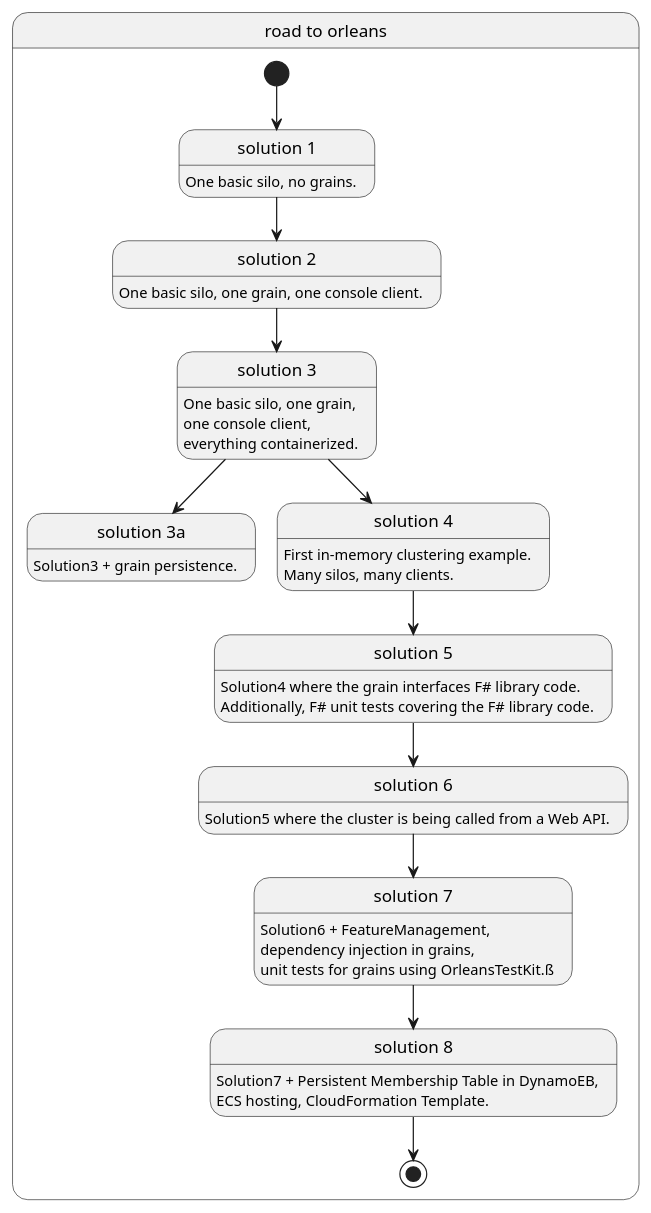
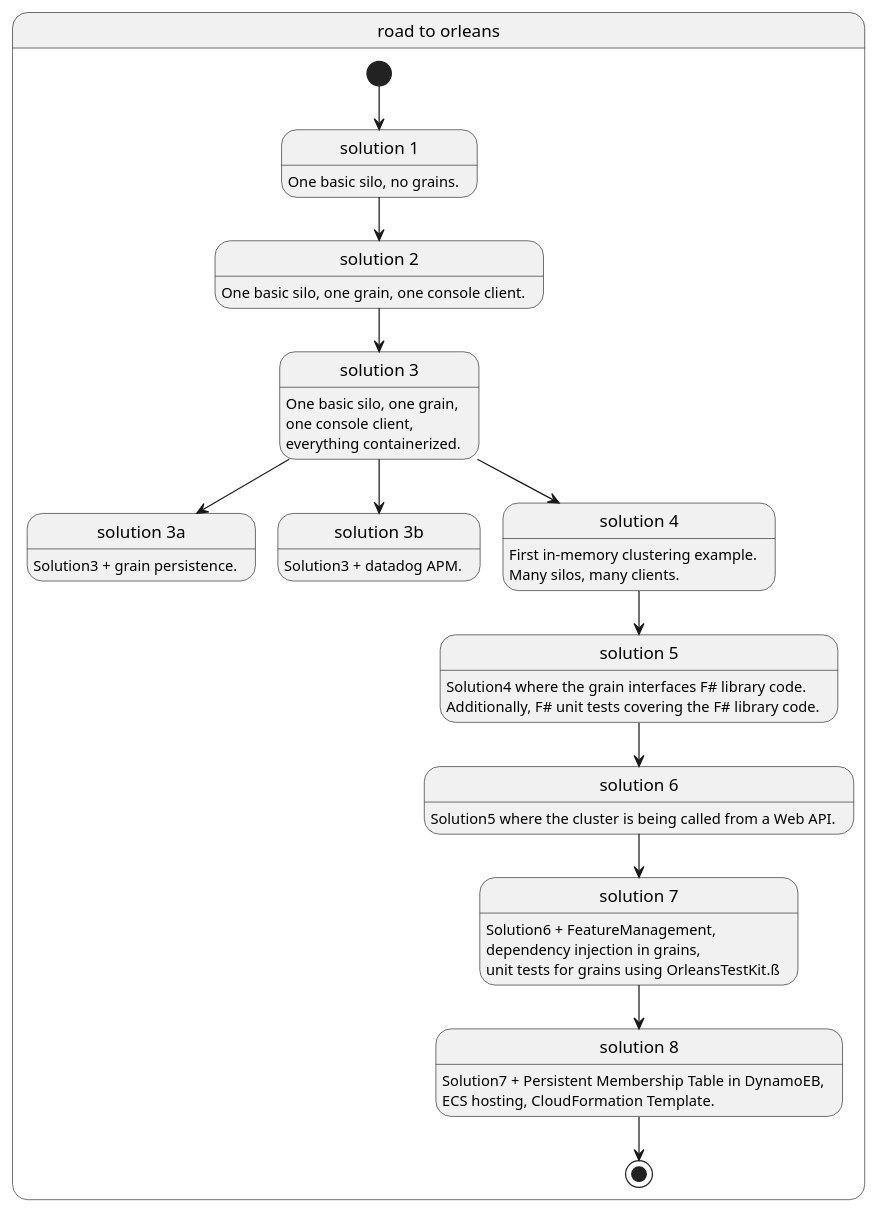
One commit to PiotrJustyna/road-to-orleans changed the diagram in solutions.puml. Above: the diagram before and after it, drawn with PlantUML. The commit also changed 2 other files, not shown here.

```diff
--- a/solutions.puml
+++ b/solutions.puml
@@ -1,58 +1,63 @@
-@startuml "road-to-orleans"
+@startuml
 hide empty description
   state "road to orleans" as PhaseA{
     state "solution 1" as Solution1{
       Solution1 : One basic silo, no grains.
     }
 
     state "solution 2" as Solution2{
       Solution2 : One basic silo, one grain, one console client.
     }
 
     state "solution 3" as Solution3{
       Solution3 : One basic silo, one grain,
       Solution3 : one console client,
       Solution3 : everything containerized.
     }
 
     state "solution 3a" as Solution3a{
       Solution3a : Solution3 + grain persistence.
+    }
+
+    state "solution 3b" as Solution3b{
+      Solution3b : Solution3 + datadog APM.
     }
 
     state "solution 4" as Solution4{
       Solution4 : First in-memory clustering example.
       Solution4 : Many silos, many clients.
     }
 
     state "solution 5" as Solution5{
       Solution5 : Solution4 where the grain interfaces F# library code.
       Solution5 : Additionally, F# unit tests covering the F# library code.
     }
 
     state "solution 6" as Solution6{
       Solution6 : Solution5 where the cluster is being called from a Web API.
     }
 
     state "solution 7" as Solution7{
       Solution7 : Solution6 + FeatureManagement,
       Solution7 : dependency injection in grains,
       Solution7 : unit tests for grains using OrleansTestKit.ß
     }
 
     state "solution 8" as Solution8{
       Solution8 : Solution7 + Persistent Membership Table in DynamoEB,
       Solution8 : ECS hosting, CloudFormation Template.
     }
 
     [*] --> Solution1
     Solution1 --> Solution2
     Solution2 --> Solution3
     Solution3 --> Solution3a
+    Solution3 --> Solution3b
     Solution3 --> Solution4
     Solution4 --> Solution5
     Solution5 --> Solution6
     Solution6 --> Solution7
     Solution7 --> Solution8
     Solution8 --> [*]
   }
 @enduml
```
